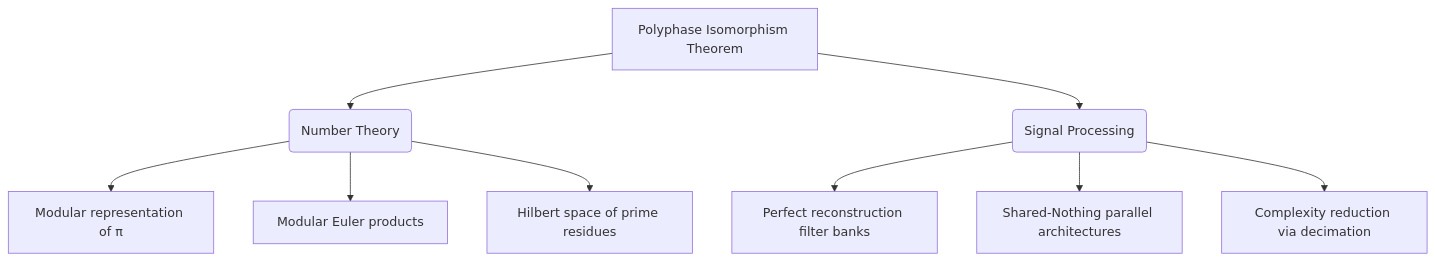
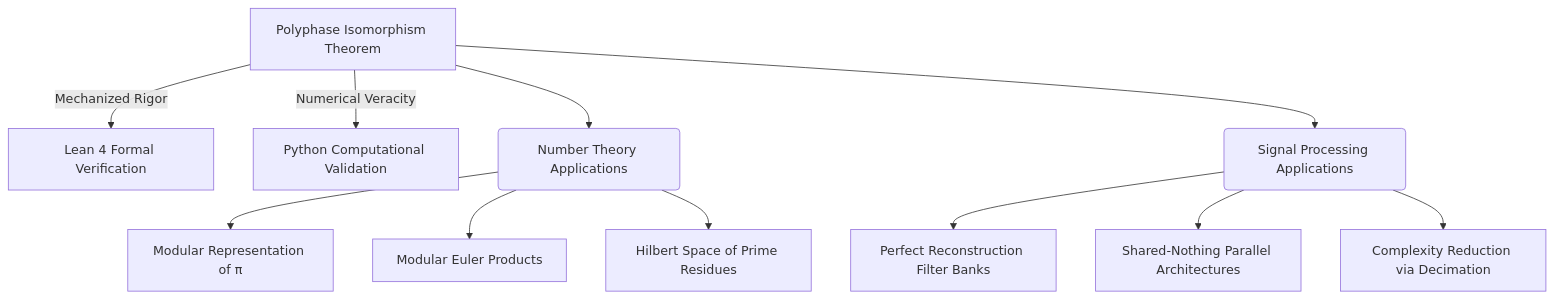
The diagram in README.md (NachoPeinador/Espectro-Modular-Pi), drawn with Mermaid before and after one commit. The commit also changed other lines of this file, not shown here.

````diff
--- a/README.md
+++ b/README.md
@@ -52,13 +52,16 @@
 ```mermaid
 graph TD
-    A[Polyphase Isomorphism Theorem] --> B(Number Theory)
-    A --> C(Signal Processing)
+    A[Polyphase Isomorphism Theorem] -->|Mechanized Rigor| L[Lean 4 Formal Verification]
+    A -->|Numerical Veracity| P[Python Computational Validation]
     
-    B --> B1[Modular representation of π]
-    B --> B2[Modular Euler products]
-    B --> B3[Hilbert space of prime residues]
+    A --> B(Number Theory Applications)
+    A --> C(Signal Processing Applications)
     
-    C --> C1[Perfect reconstruction filter banks]
-    C --> C2[Shared-Nothing parallel architectures]
-    C --> C3[Complexity reduction via decimation]
+    B --> B1[Modular Representation of π]
+    B --> B2[Modular Euler Products]
+    B --> B3[Hilbert Space of Prime Residues]
+    
+    C --> C1[Perfect Reconstruction Filter Banks]
+    C --> C2[Shared-Nothing Parallel Architectures]
+    C --> C3[Complexity Reduction via Decimation]
 ```
````
